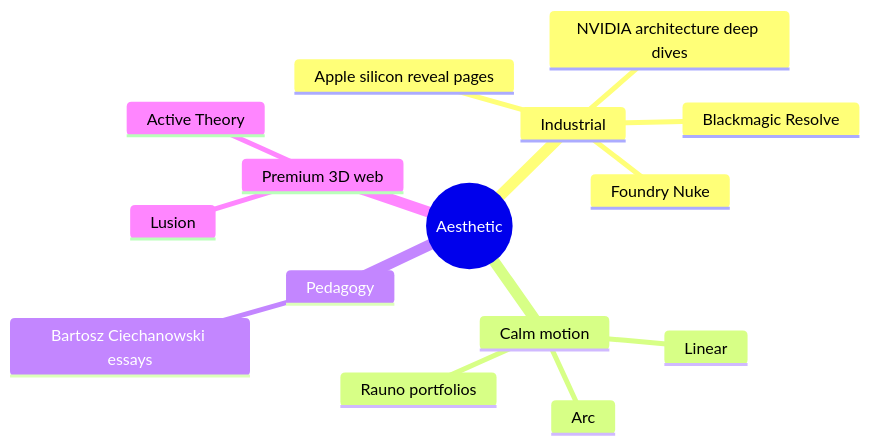
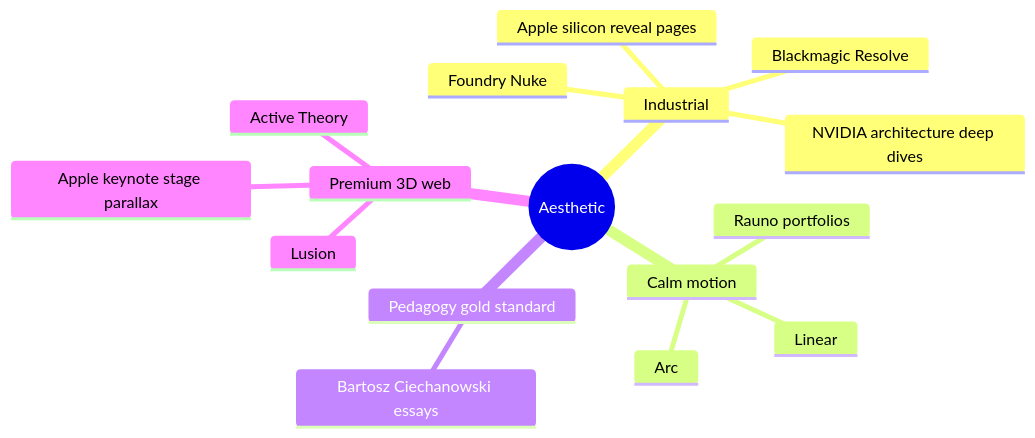
One commit to 1qh/sim-doc changed the diagram in UX-DOCTRINE.md. Above: the diagram before and after it, drawn with Mermaid. The commit also changed other lines of this file and 3 other files, not shown here.

````diff
--- a/UX-DOCTRINE.md
+++ b/UX-DOCTRINE.md
@@ -7,18 +7,19 @@
 ```mermaid
 mindmap
   root((Aesthetic))
     Industrial
       Apple silicon reveal pages
       NVIDIA architecture deep dives
       Foundry Nuke
       Blackmagic Resolve
     Calm motion
       Linear
       Arc
       Rauno portfolios
-    Pedagogy
+    Pedagogy gold standard
       Bartosz Ciechanowski essays
     Premium 3D web
       Lusion
       Active Theory
+      Apple keynote stage parallax
 ```
````
